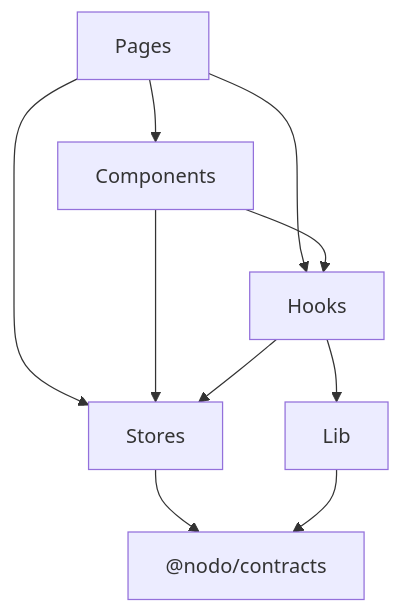
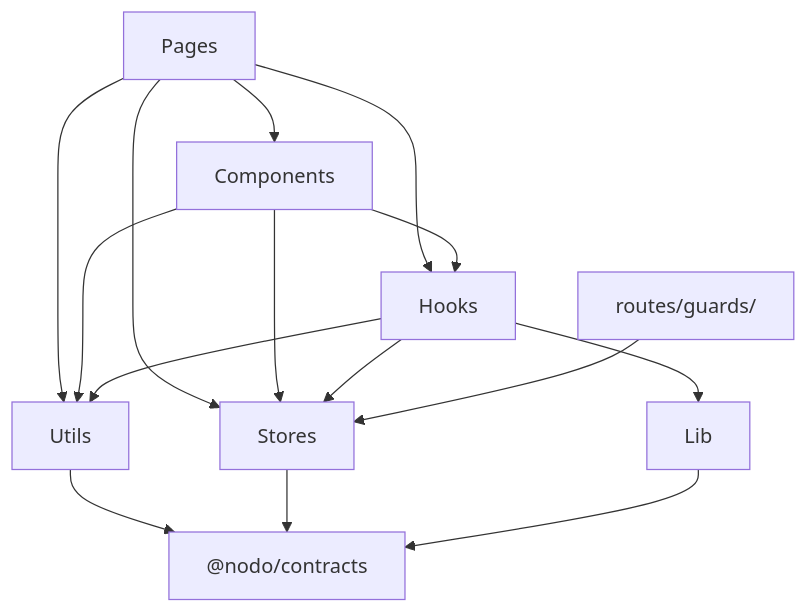
Before and after one commit to camilo-atb/nodo: the second of 2 diagrams in docs-frontend/07-architecture.md, drawn with Mermaid. The commit also changed other lines of this file and 2 other files, not shown here.

Commit message:
docs: add Angular→React pattern mapping and formalize utils/guards folders

````diff
--- a/docs-frontend/07-architecture.md
+++ b/docs-frontend/07-architecture.md
@@ -127,12 +135,17 @@
 ```mermaid
 flowchart TD
     Pages --> Components
     Pages --> Hooks
     Pages --> Stores
+    Pages --> Utils
     Components --> Hooks
     Components --> Stores
+    Components --> Utils
     Hooks --> Stores
     Hooks --> Lib
-    Stores --> Contracts["@nodo/contracts"]
+    Hooks --> Utils
+    Guards["routes/guards/"] --> Stores
+    Utils --> Contracts["@nodo/contracts"]
+    Stores --> Contracts
     Lib --> Contracts
 ```
````
